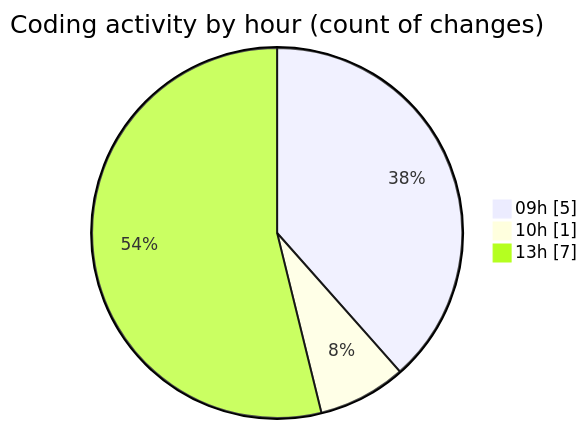
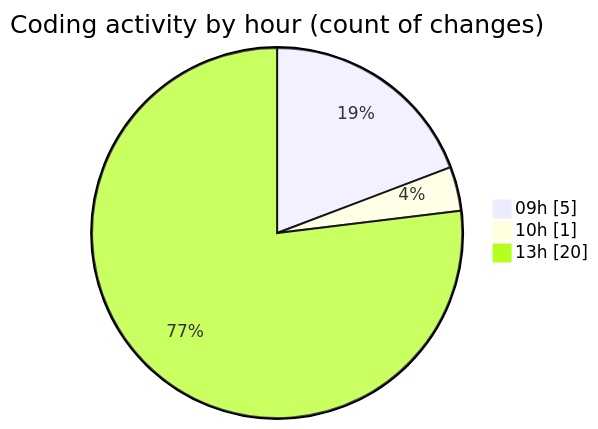
The second of 2 diagrams in 2026-09-15/cda/README.md (momahboobian/code-tracking), drawn with Mermaid before and after one commit. The commit also changed other lines of this file and 1 other file, not shown here.

````diff
--- a/2026-09-15/cda/README.md
+++ b/2026-09-15/cda/README.md
@@ -41,7 +51,7 @@
 ```mermaid
 pie showData
 title Coding activity by hour (count of changes)
 "09h" : 5
 "10h" : 1
-"13h" : 7
+"13h" : 20
 ```
````
